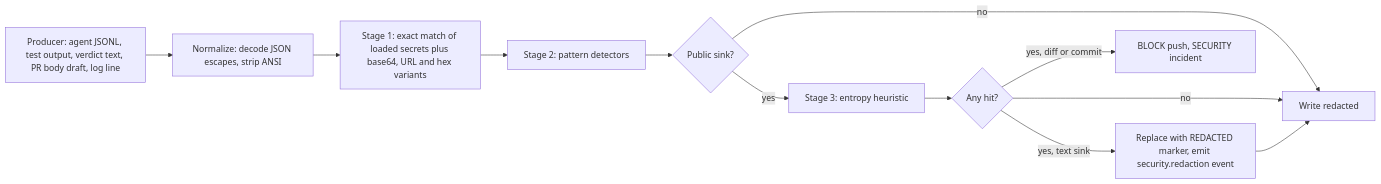
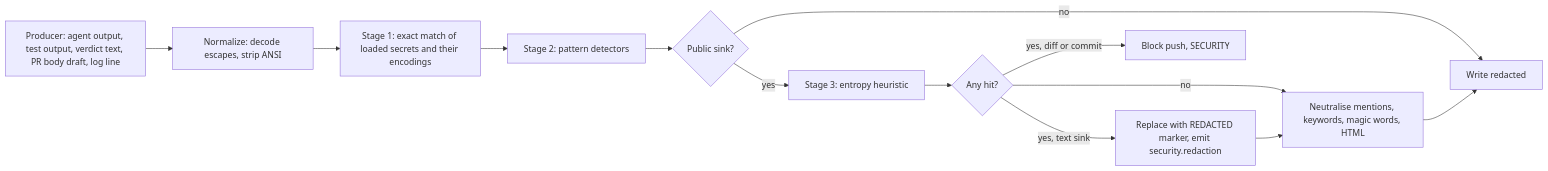
One commit to usjbro/Project-Mercury changed the second of 2 diagrams in docs/mercury/security/threat-model.md. Above: the diagram before and after it, drawn with Mermaid. The commit also changed other lines of this file and 28 other files, not shown here.

````diff
--- a/docs/mercury/security/threat-model.md
+++ b/docs/mercury/security/threat-model.md
@@ -684,14 +736,15 @@
 ```mermaid
 flowchart LR
-  SRC["Producer: agent JSONL, test output, verdict text, PR body draft, log line"] --> N["Normalize: decode JSON escapes, strip ANSI"]
-  N --> X["Stage 1: exact match of loaded secrets plus base64, URL and hex variants"]
+  SRC["Producer: agent output, test output, verdict text, PR body draft, log line"] --> N["Normalize: decode escapes, strip ANSI"]
+  N --> X["Stage 1: exact match of loaded secrets and their encodings"]
   X --> P["Stage 2: pattern detectors"]
   P --> E{"Public sink?"}
   E -->|"yes"| H["Stage 3: entropy heuristic"]
   E -->|"no"| W["Write redacted"]
   H --> D{"Any hit?"}
-  D -->|"no"| W
-  D -->|"yes, text sink"| R["Replace with REDACTED marker, emit security.redaction event"]
-  D -->|"yes, diff or commit"| B["BLOCK push, SECURITY incident"]
-  R --> W
+  D -->|"no"| NT["Neutralise mentions, keywords, magic words, HTML"]
+  NT --> W
+  D -->|"yes, text sink"| R["Replace with REDACTED marker, emit security.redaction"]
+  D -->|"yes, diff or commit"| B["Block push, SECURITY"]
+  R --> NT
 ```
````
